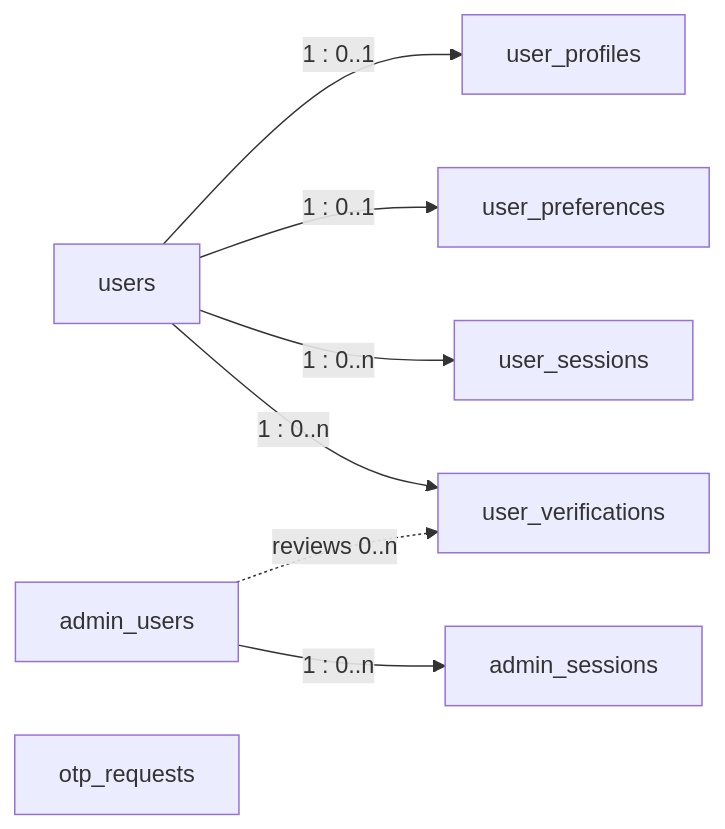
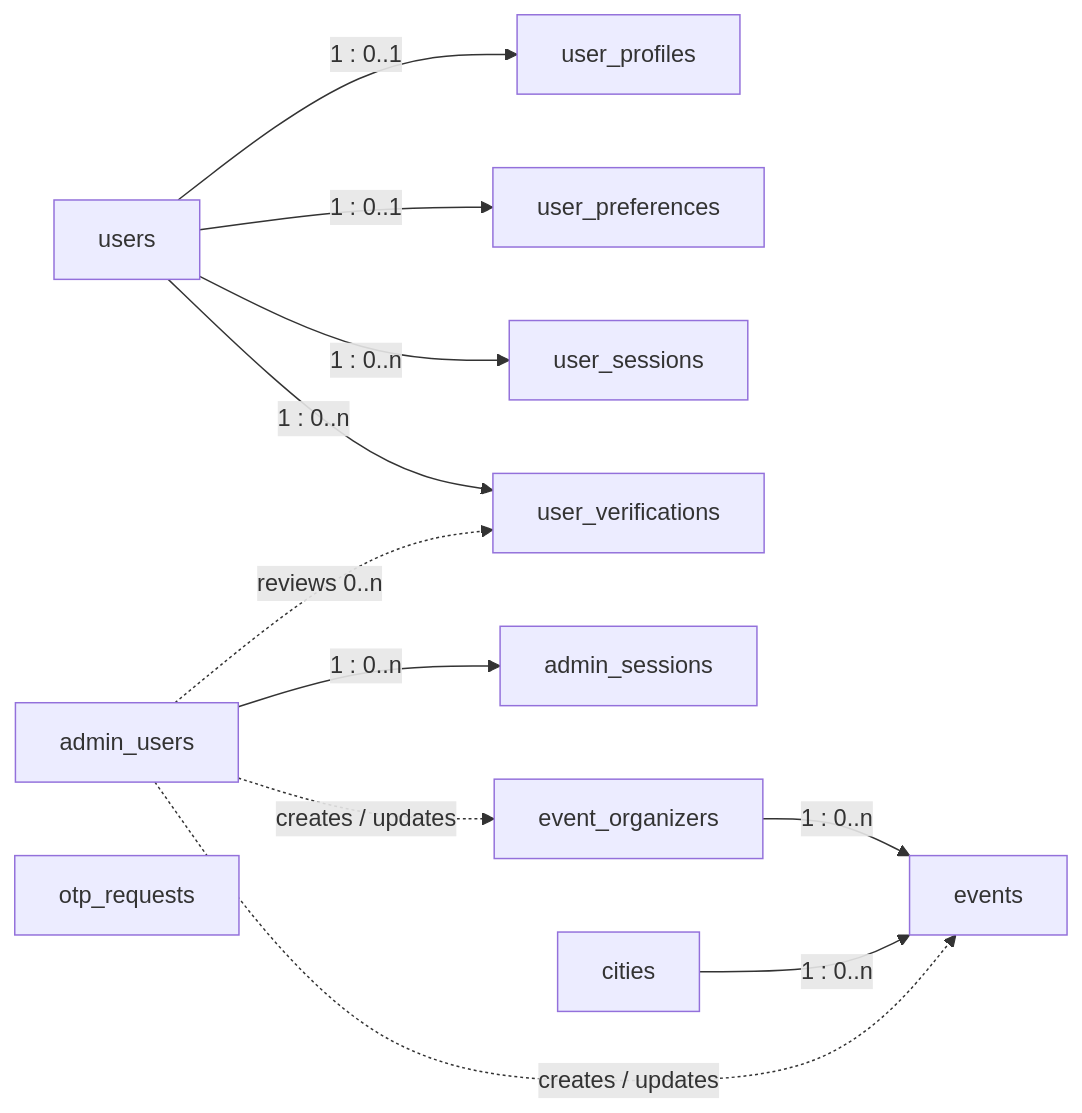
Before and after one commit to raviraja03/garba-partner: the diagram in docs/database/relationships.md, drawn with Mermaid. The commit also changed other lines of this file and 89 other files, not shown here.

````diff
--- a/docs/database/relationships.md
+++ b/docs/database/relationships.md
@@ -9,10 +9,14 @@
 ```mermaid
 flowchart LR
     U[users] -->|1 : 0..1| P[user_profiles]
     U -->|1 : 0..1| PR[user_preferences]
     U -->|1 : 0..n| S[user_sessions]
     U -->|1 : 0..n| V[user_verifications]
     A[admin_users] -->|1 : 0..n| AS[admin_sessions]
     A -.->|reviews 0..n| V
     O[otp_requests]
+    EO[event_organizers] -->|1 : 0..n| E[events]
+    C[cities] -->|1 : 0..n| E
+    A -.->|creates / updates| E
+    A -.->|creates / updates| EO
 ```
````
